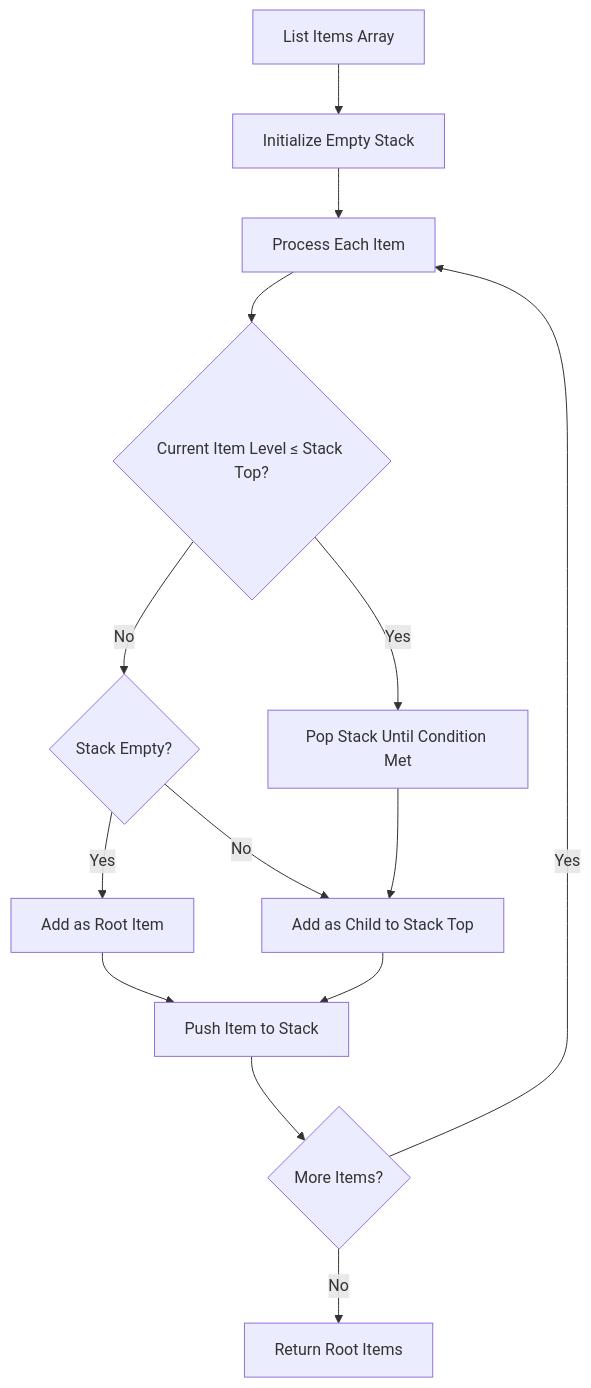
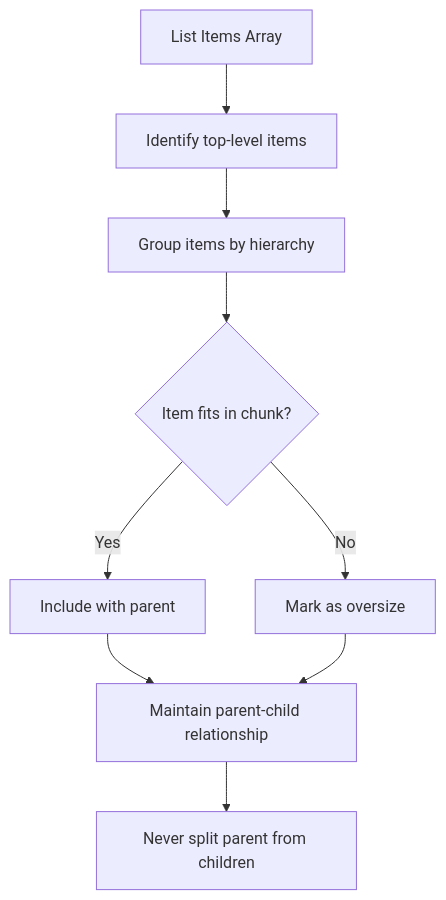
Before and after one commit to asukhodko/dify-markdown-chunker: the fourth of 5 diagrams in .qoder/repowiki/en/content/Chunking Strategies/List Strategy.md, drawn with Mermaid. The commit also changed other lines of this file and 5 other files, not shown here.

````diff
--- a/.qoder/repowiki/en/content/Chunking Strategies/List Strategy.md
+++ b/.qoder/repowiki/en/content/Chunking Strategies/List Strategy.md
@@ -212,16 +239,11 @@
 ```mermaid
 flowchart TD
-A["List Items Array"] --> B["Initialize Empty Stack"]
-B --> C["Process Each Item"]
-C --> D{"Current Item Level ≤ Stack Top?"}
-D --> |Yes| E["Pop Stack Until Condition Met"]
-D --> |No| F{"Stack Empty?"}
-F --> |Yes| G["Add as Root Item"]
-F --> |No| H["Add as Child to Stack Top"]
-E --> H
-G --> I["Push Item to Stack"]
-H --> I
-I --> J{"More Items?"}
-J --> |Yes| C
-J --> |No| K["Return Root Items"]
+A["List Items Array"] --> B["Identify top-level items"]
+B --> C["Group items by hierarchy"]
+C --> D{"Item fits in chunk?"}
+D --> |Yes| E["Include with parent"]
+D --> |No| F["Mark as oversize"]
+E --> G["Maintain parent-child relationship"]
+F --> G
+G --> H["Never split parent from children"]
 ```
````
